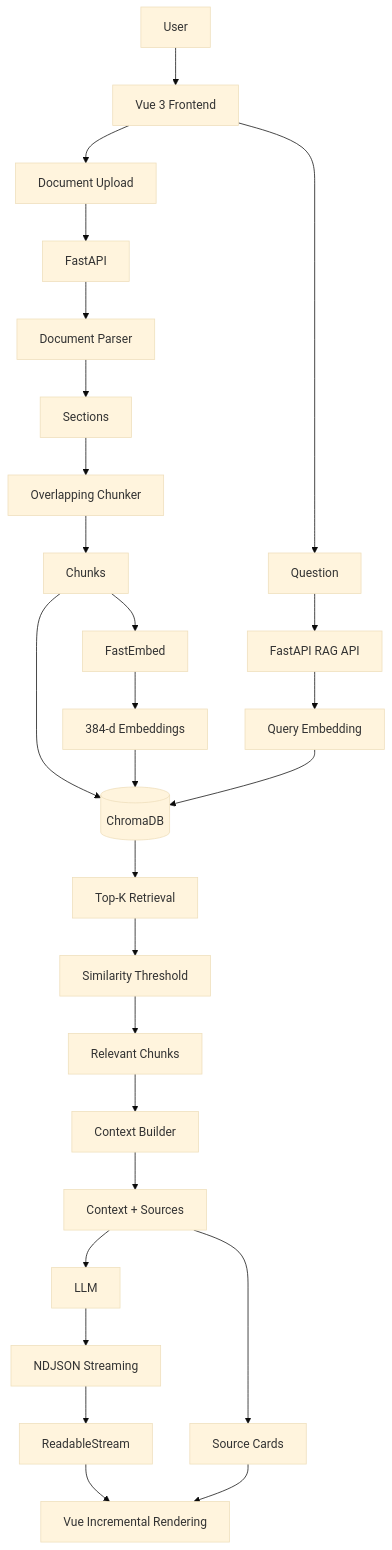
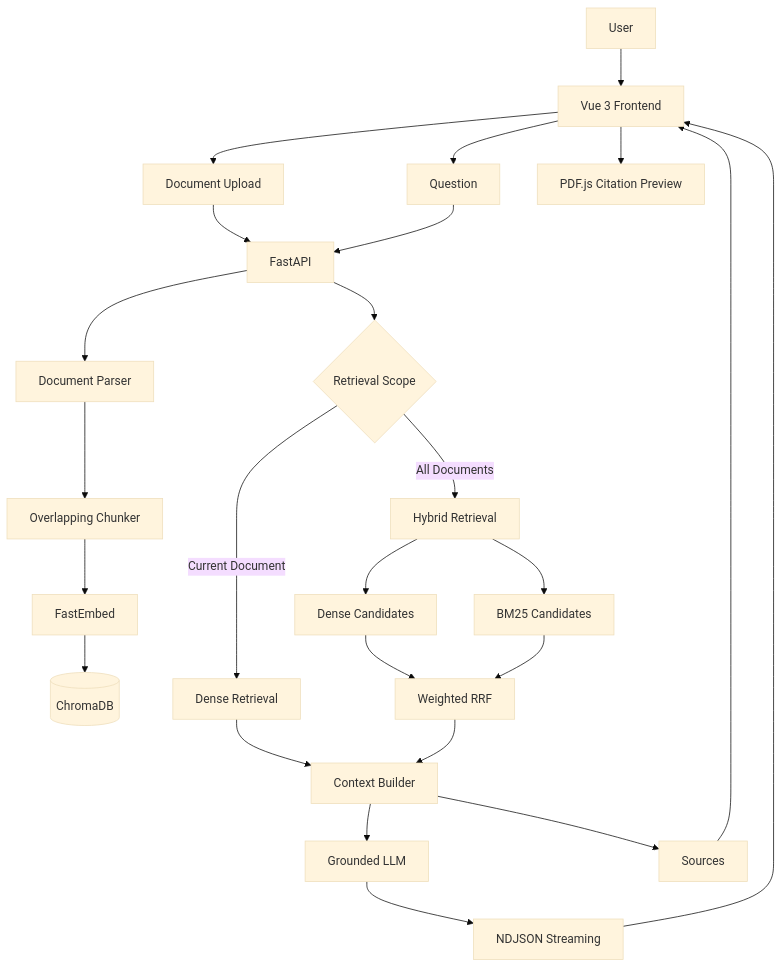
The diagram in README.md (luojingjing0920/RAGanswer), drawn with Mermaid (base theme) before and after one commit. The commit also changed other lines of this file, not shown here.

Commit message:
docs: update README with hybrid retrieval and evaluation

````diff
--- a/README.md
+++ b/README.md
@@ -762,40 +947,40 @@
 ```mermaid
 flowchart TD
-    A[User] --> B[Vue 3 Frontend]
 
-    B --> C[Document Upload]
-    C --> D[FastAPI]
+    U[User] --> V[Vue 3 Frontend]
 
-    D --> E[Document Parser]
-    E --> F[Sections]
-    F --> G[Overlapping Chunker]
-    G --> H[Chunks]
+    V --> UP[Document Upload]
+    UP --> API[FastAPI]
 
-    H --> I[FastEmbed]
-    I --> J[384-d Embeddings]
+    API --> P[Document Parser]
+    P --> C[Overlapping Chunker]
+    C --> E[FastEmbed]
+    E --> DB[(ChromaDB)]
 
-    H --> K[(ChromaDB)]
-    J --> K
+    V --> Q[Question]
+    Q --> API
 
-    B --> L[Question]
-    L --> M[FastAPI RAG API]
+    API --> MODE{Retrieval Scope}
 
-    M --> N[Query Embedding]
-    N --> K
+    MODE -->|Current Document| D[Dense Retrieval]
+    MODE -->|All Documents| H[Hybrid Retrieval]
 
-    K --> O[Top-K Retrieval]
-    O --> P[Similarity Threshold]
-    P --> Q[Relevant Chunks]
+    H --> HD[Dense Candidates]
+    H --> HB[BM25 Candidates]
 
-    Q --> R[Context Builder]
-    R --> S[Context + Sources]
+    HD --> RRF[Weighted RRF]
+    HB --> RRF
 
-    S --> T[LLM]
-    T --> U[NDJSON Streaming]
+    D --> CTX[Context Builder]
+    RRF --> CTX
 
-    U --> V[ReadableStream]
-    V --> W[Vue Incremental Rendering]
+    CTX --> LLM[Grounded LLM]
 
-    S --> X[Source Cards]
-    X --> W
+    LLM --> STREAM[NDJSON Streaming]
+    STREAM --> V
+
+    CTX --> SRC[Sources]
+    SRC --> V
+
+    V --> PDF[PDF.js Citation Preview]
 ```
````
